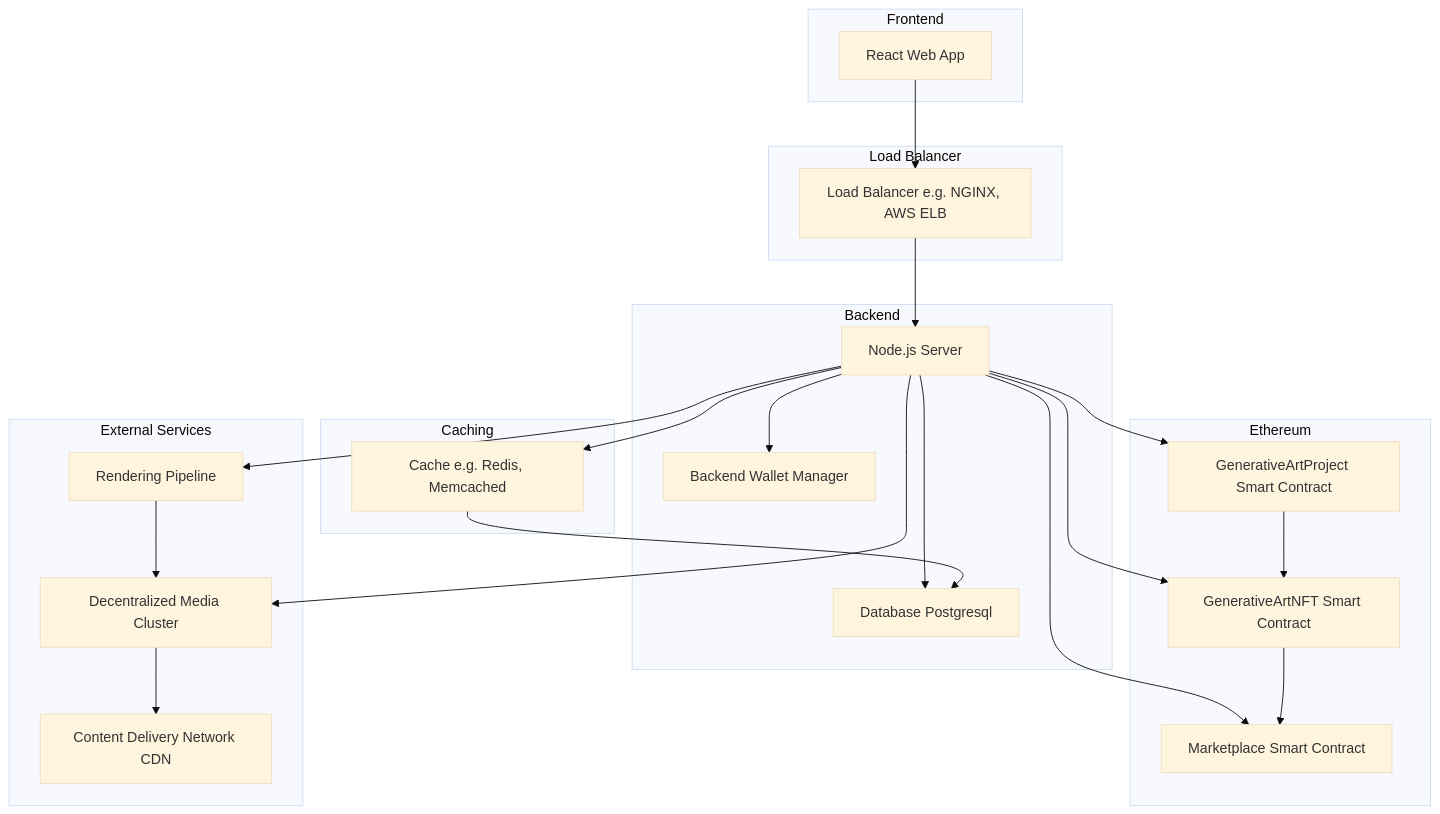
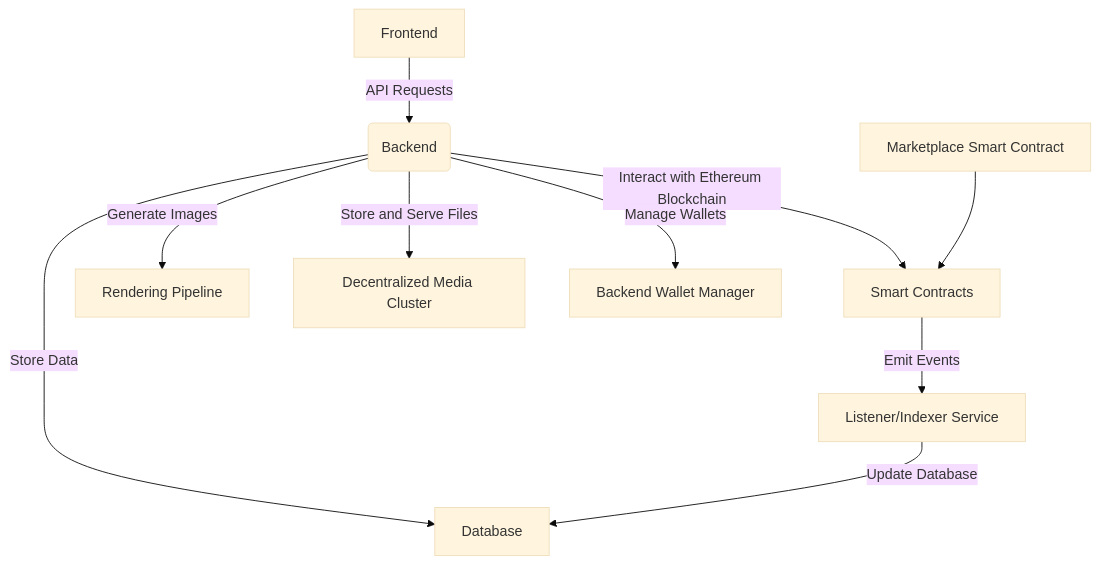
One commit to nadeemb53/gen-art-platform changed the diagram in README.md. Above: the diagram before and after it, drawn with Mermaid (base theme). The commit also changed other lines of this file, not shown here.

Commit message:
diagram improvement

````diff
--- a/README.md
+++ b/README.md
@@ -423,42 +28,12 @@
 ```mermaid
 graph TD
-  subgraph Frontend
-    A[React Web App]
-  end
-  subgraph Backend
-    B[Node.js Server]
-    C[Database Postgresql]
-    D[Backend Wallet Manager]
-  end
-  subgraph Ethereum
-    E[GenerativeArtProject Smart Contract]
-    F[GenerativeArtNFT Smart Contract]
-    G[Marketplace Smart Contract]
-  end
-  subgraph External Services
-    H[Rendering Pipeline]
-    I[Decentralized Media Cluster]
-    J[Content Delivery Network CDN]
-  end
-  subgraph Load Balancer
-    K[Load Balancer e.g. NGINX, AWS ELB]
-  end
-  subgraph Caching
-    L[Cache e.g. Redis, Memcached]
-  end
-  A --> K
-  K --> B
-  B --> C
-  B --> D
-  B --> E
-  B --> F
-  B --> G
-  B --> H
-  B --> I
-  B --> L
-  E --> F
-  F --> G
-  H --> I
-  I --> J
-  L --> C
+  A[Frontend] -->|API Requests| B(Backend)
+  B -->|Interact with Ethereum Blockchain| C[Smart Contracts]
+  B -->|Store Data| D[Database]
+  B -->|Generate Images| E[Rendering Pipeline]
+  B -->|Store and Serve Files| F[Decentralized Media Cluster]
+  B -->|Manage Wallets| G[Backend Wallet Manager]
+  C -->|Emit Events| H[Listener/Indexer Service]
+  H -->|Update Database| D
+  I[Marketplace Smart Contract] --> C
 ```
````
